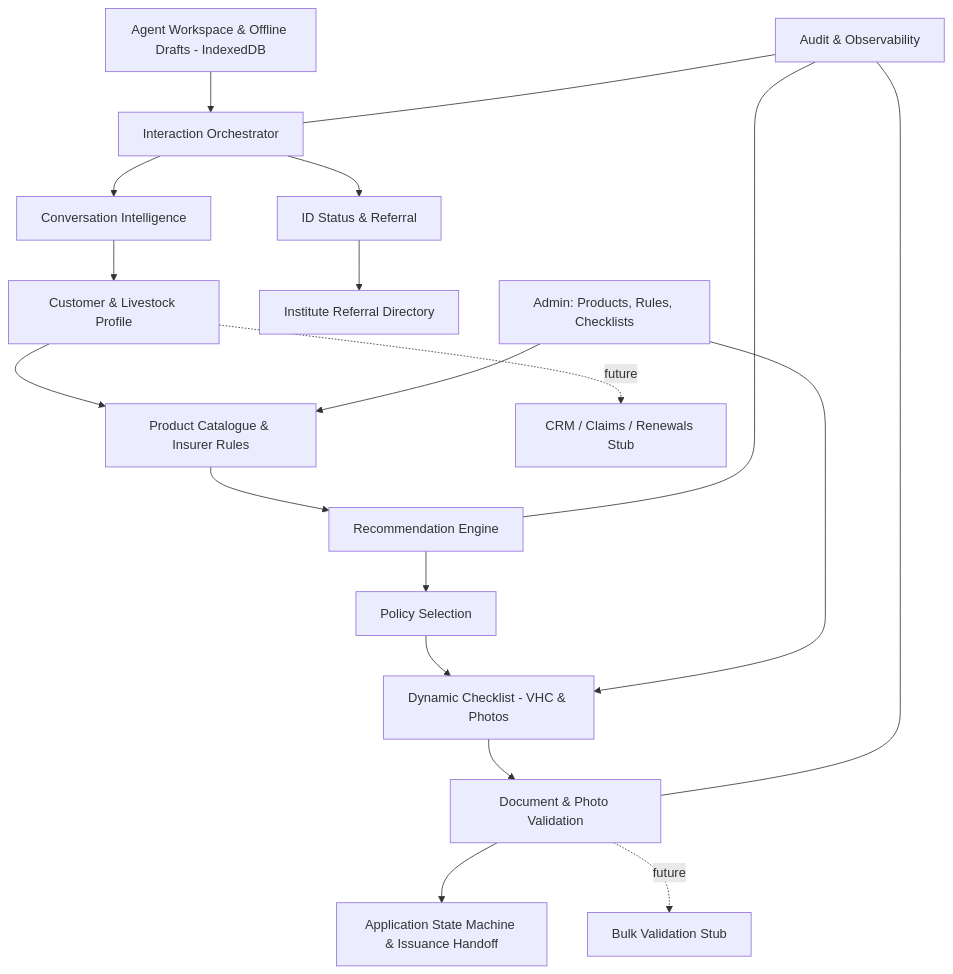
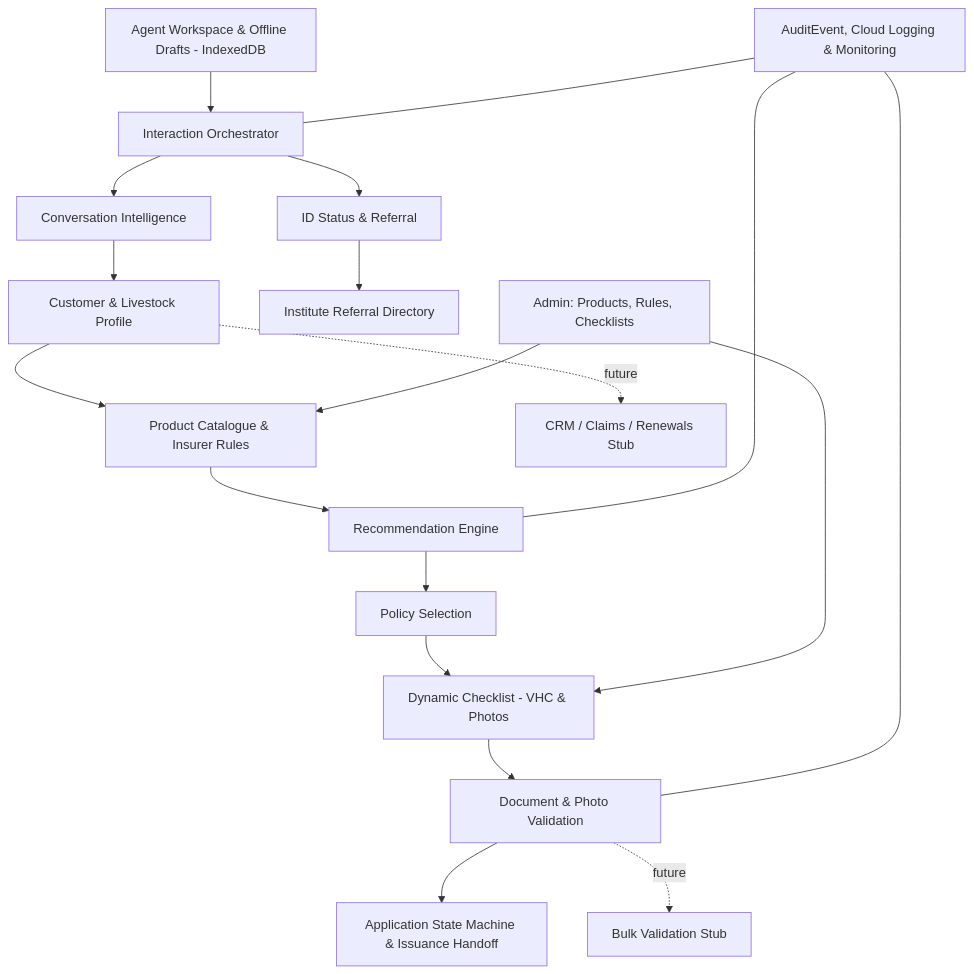
One commit to sakshamist/nandi changed the first of 2 diagrams in SureLM_Architecture_and_Sprint_Plan.md. Above: the diagram before and after it, drawn with Mermaid. The commit also changed other lines of this file and 34 other files, not shown here.

````diff
--- a/SureLM_Architecture_and_Sprint_Plan.md
+++ b/SureLM_Architecture_and_Sprint_Plan.md
@@ -114,21 +148,21 @@
 ```mermaid
 flowchart TD
     A[Agent Workspace & Offline Drafts - IndexedDB] --> B[Interaction Orchestrator]
     B --> C[Conversation Intelligence]
     C --> D[Customer & Livestock Profile]
     B --> E[ID Status & Referral]
     D --> F[Product Catalogue & Insurer Rules]
     F --> G[Recommendation Engine]
     G --> H[Policy Selection]
     H --> I[Dynamic Checklist - VHC & Photos]
     I --> J[Document & Photo Validation]
     J --> K[Application State Machine & Issuance Handoff]
     D -. future .-> L[CRM / Claims / Renewals Stub]
     J -. future .-> M[Bulk Validation Stub]
     E --> N[Institute Referral Directory]
     O[Admin: Products, Rules, Checklists] --> F
     O --> I
-    P[Audit & Observability] --- B
+    P[AuditEvent, Cloud Logging & Monitoring] --- B
     P --- G
     P --- J
 ```
````
